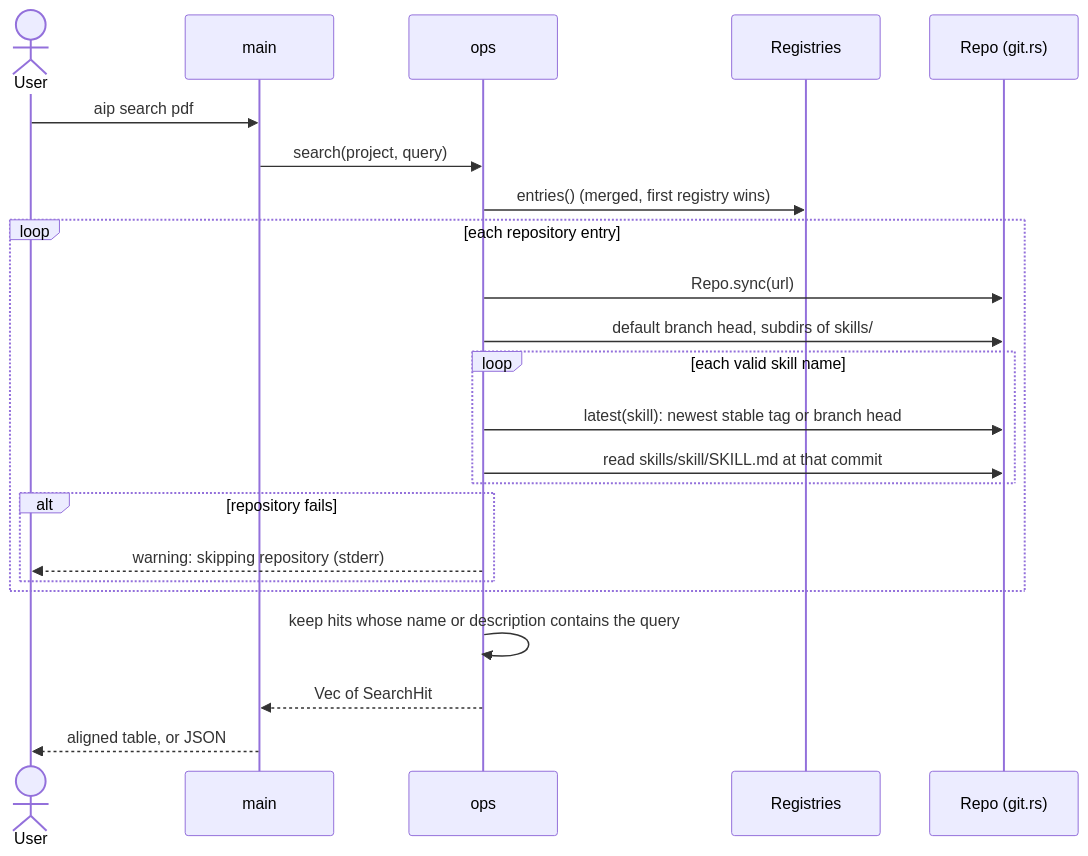
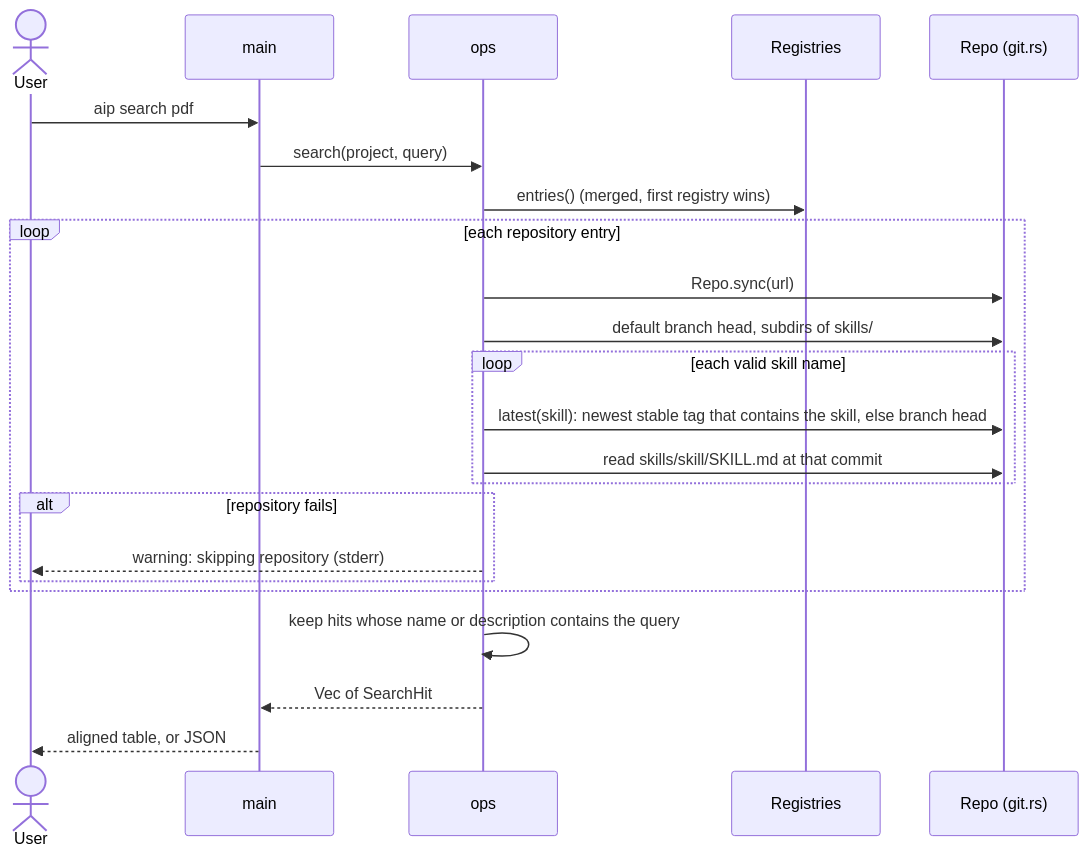
The sixth of 7 diagrams in docs/architecture/arc42/06-runtime-view.md (floriankraemer/ai-package-manger), drawn with Mermaid before and after one commit. The commit also changed other lines of this file and 18 other files, not shown here.

````diff
--- a/docs/architecture/arc42/06-runtime-view.md
+++ b/docs/architecture/arc42/06-runtime-view.md
@@ -168,25 +185,25 @@
 ```mermaid
 sequenceDiagram
     actor U as User
     participant M as main
     participant O as ops
     participant R as Registries
     participant G as Repo (git.rs)
     U->>M: aip search pdf
     M->>O: search(project, query)
     O->>R: entries() (merged, first registry wins)
     loop each repository entry
         O->>G: Repo.sync(url)
         O->>G: default branch head, subdirs of skills/
         loop each valid skill name
-            O->>G: latest(skill): newest stable tag or branch head
+            O->>G: latest(skill): newest stable tag that contains the skill, else branch head
             O->>G: read skills/skill/SKILL.md at that commit
         end
         alt repository fails
             O-->>U: warning: skipping repository (stderr)
         end
     end
     O->>O: keep hits whose name or description contains the query
     O-->>M: Vec of SearchHit
     M-->>U: aligned table, or JSON
 ```
````
